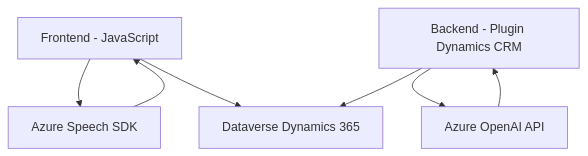
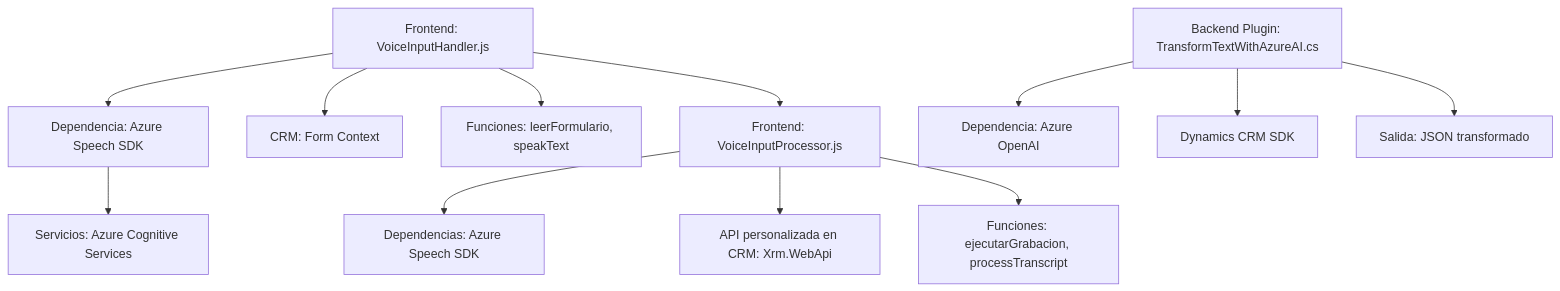
Before and after one commit to blopezdm/NETCORE_BILBAO2025: the diagram in README.md, drawn with Mermaid. The commit also changed other lines of this file, not shown here.

````diff
--- a/README.md
+++ b/README.md
@@ -40,15 +36,14 @@
 ```mermaid
 graph TD
-    A["Frontend - JavaScript"]
-    B["Backend - Plugin Dynamics CRM"]
-    C["Azure Speech SDK"]
-    D["Azure OpenAI API"]
-    E["Dataverse Dynamics 365"]
-
-    A --> C
-    A --> E 
-    B --> D
-    B --> E
-    C --> A
-    D --> B
+    A["Frontend: VoiceInputHandler.js"] --> B["Dependencia: Azure Speech SDK"]
+    A --> C["CRM: Form Context"]
+    A --> D["Funciones: leerFormulario, speakText"]
+    A --> E["Frontend: VoiceInputProcessor.js"]
+    E --> F["Dependencias: Azure Speech SDK"]
+    E --> G["API personalizada en CRM: Xrm.WebApi"]
+    E --> H["Funciones: ejecutarGrabacion, processTranscript"]
+    I["Backend Plugin: TransformTextWithAzureAI.cs"] --> J["Dependencia: Azure OpenAI"]
+    I --> K["Dynamics CRM SDK"]
+    I --> L["Salida: JSON transformado"]
+    B --> M["Servicios: Azure Cognitive Services"]
 ```
````
